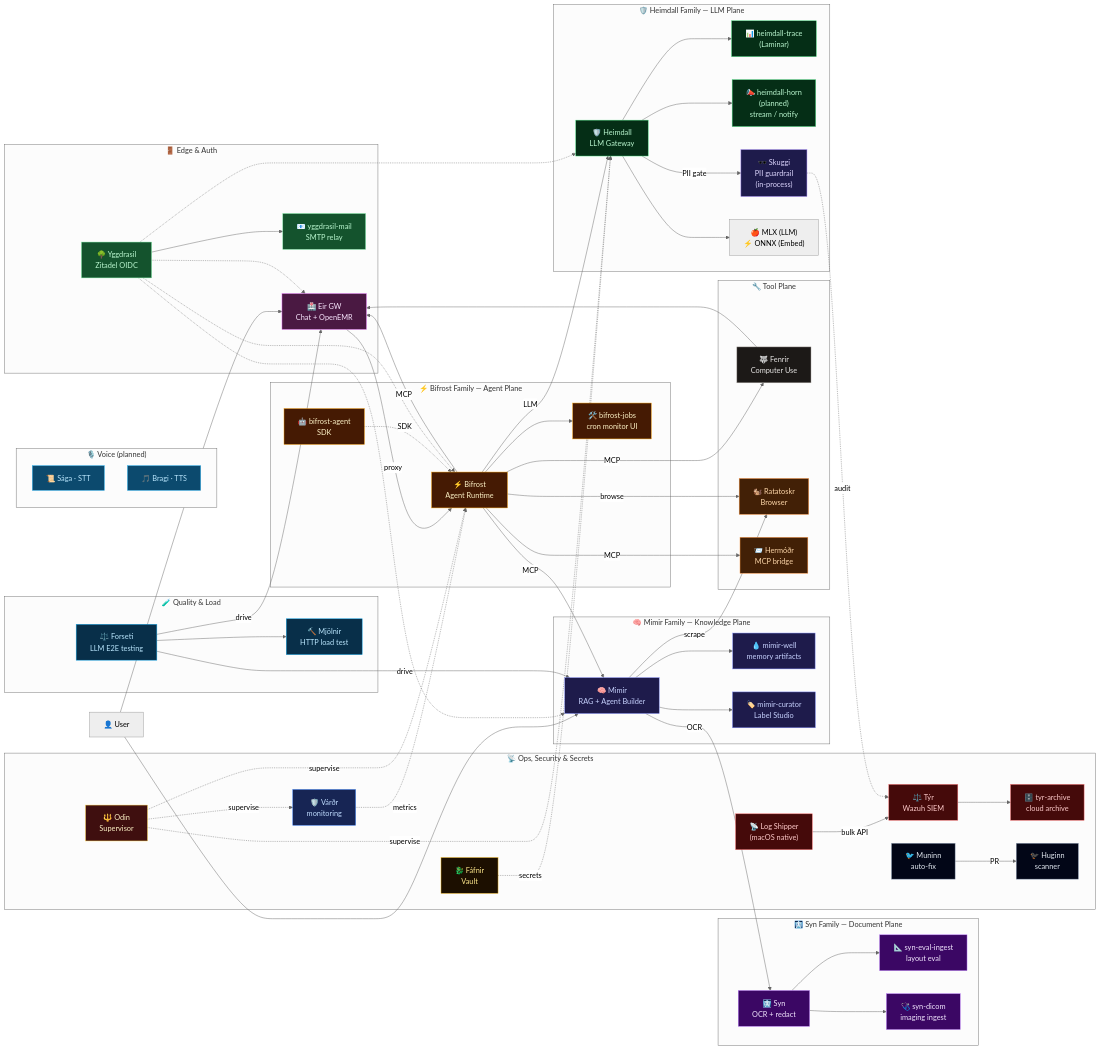
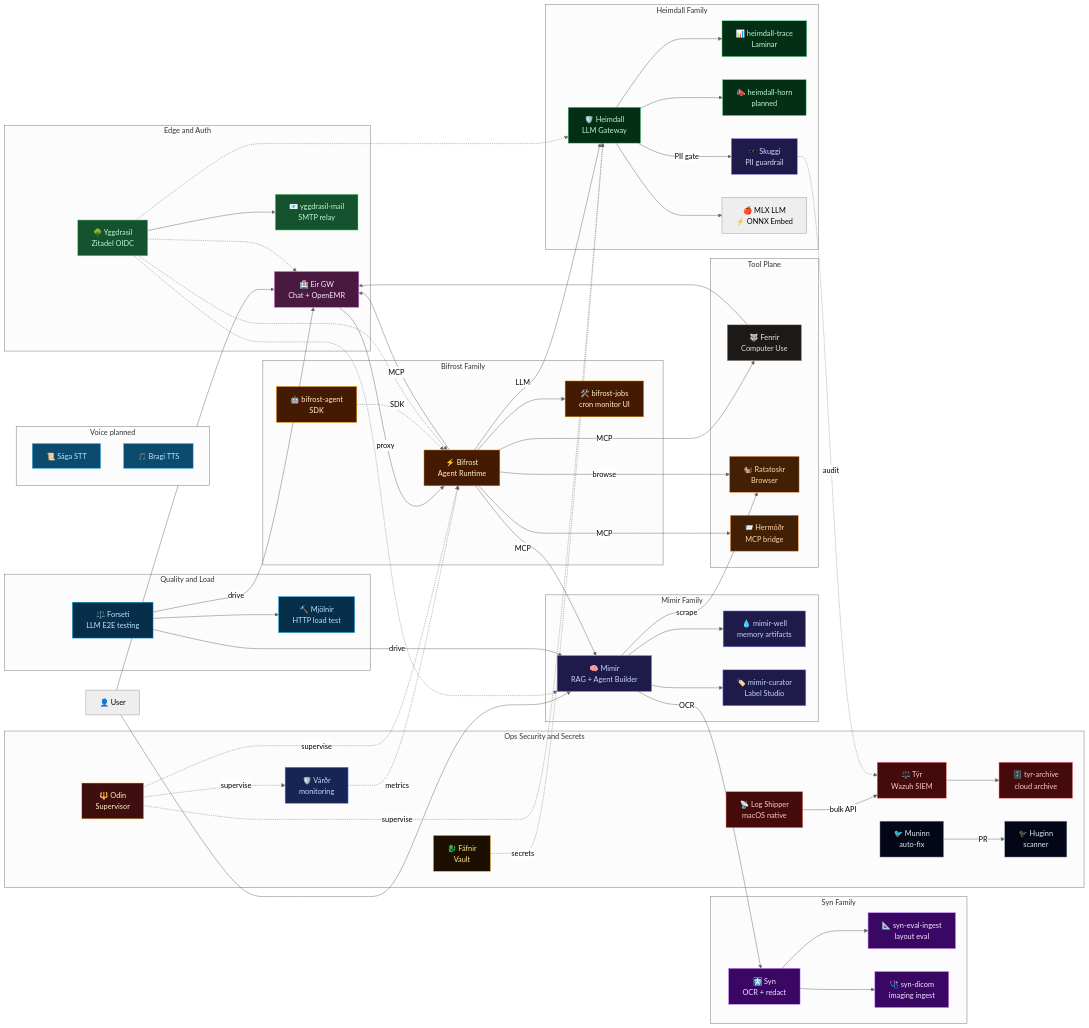
Before and after one commit to MegaWiz-Dev-Team/Asgard: the diagram in README.md, drawn with Mermaid (neutral theme).

Commit message:
docs(readme): simplify Mermaid subgraph titles for GitHub renderer
GitHub web reported "Unable to render rich display" for the architecture
diagram. mermaid-cli renders it fine locally, so the failure is in
GitHub's stricter parser.

Removed from subgraph titles (kept in node labels where they always worked):
- emojis (suspect interaction with subgraph title parsing)
- em-dash separator (Heimdall Family — LLM Plane)
- ampersand (Quality & Load, Ops Security & Secrets)
- middle dot in Saga/Bragi node labels
- parentheses in titles ((planned), (in-process), (macOS native))
- nested <br/><br/> chains in HHorn label

Diagram content unchanged — only title formatting normalized.

```diff
--- a/README.md
+++ b/README.md
@@ -25,55 +25,55 @@
 graph LR
     User["👤 User"]
 
-    subgraph EdgeAuth["🚪 Edge & Auth"]
+    subgraph EdgeAuth["Edge and Auth"]
         EirGW["🏥 Eir GW<br/>Chat + OpenEMR"]
         Yggdrasil["🌳 Yggdrasil<br/>Zitadel OIDC"]
         YggMail["📧 yggdrasil-mail<br/>SMTP relay"]
     end
 
-    subgraph HeimdallFam["🛡️ Heimdall Family — LLM Plane"]
+    subgraph HeimdallFam["Heimdall Family"]
         Heimdall["🛡️ Heimdall<br/>LLM Gateway"]
-        HTrace["📊 heimdall-trace<br/>(Laminar)"]
-        HHorn["📣 heimdall-horn<br/>(planned)<br/>stream / notify"]
-        Skuggi["🕶️ Skuggi<br/>PII guardrail<br/>(in-process)"]
-        LLM["🍎 MLX (LLM)<br/>⚡ ONNX (Embed)"]
+        HTrace["📊 heimdall-trace<br/>Laminar"]
+        HHorn["📣 heimdall-horn<br/>planned"]
+        Skuggi["🕶️ Skuggi<br/>PII guardrail"]
+        LLM["🍎 MLX LLM<br/>⚡ ONNX Embed"]
     end
 
-    subgraph BifrostFam["⚡ Bifrost Family — Agent Plane"]
+    subgraph BifrostFam["Bifrost Family"]
         Bifrost["⚡ Bifrost<br/>Agent Runtime"]
         BAgent["🤖 bifrost-agent<br/>SDK"]
         BJobs["🛠️ bifrost-jobs<br/>cron monitor UI"]
     end
 
-    subgraph MimirFam["🧠 Mimir Family — Knowledge Plane"]
+    subgraph MimirFam["Mimir Family"]
         Mimir["🧠 Mimir<br/>RAG + Agent Builder"]
         MWell["💧 mimir-well<br/>memory artifacts"]
         MCurator["🏷️ mimir-curator<br/>Label Studio"]
     end
 
-    subgraph SynFam["🩻 Syn Family — Document Plane"]
+    subgraph SynFam["Syn Family"]
         Syn["🩻 Syn<br/>OCR + redact"]
         SEval["📐 syn-eval-ingest<br/>layout eval"]
         SDicom["🩺 syn-dicom<br/>imaging ingest"]
     end
 
-    subgraph Tools["🔧 Tool Plane"]
+    subgraph Tools["Tool Plane"]
         Fenrir["🐺 Fenrir<br/>Computer Use"]
         Ratatoskr["🐿️ Ratatoskr<br/>Browser"]
         Hermodr["📨 Hermóðr<br/>MCP bridge"]
     end
 
-    subgraph Voice["🎙️ Voice (planned)"]
-        Saga["📜 Sága · STT"]
-        Bragi["🎵 Bragi · TTS"]
+    subgraph Voice["Voice planned"]
+        Saga["📜 Sága STT"]
+        Bragi["🎵 Bragi TTS"]
     end
 
-    subgraph Quality["🧪 Quality & Load"]
+    subgraph Quality["Quality and Load"]
         Forseti["⚖️ Forseti<br/>LLM E2E testing"]
         Mjolnir["🔨 Mjölnir<br/>HTTP load test"]
     end
 
-    subgraph Ops["📡 Ops, Security & Secrets"]
+    subgraph Ops["Ops Security and Secrets"]
         Odin["🔱 Odin<br/>Supervisor"]
         Vardr["🛡️ Várðr<br/>monitoring"]
         Tyr["⚖️ Týr<br/>Wazuh SIEM"]
@@ -81,7 +81,7 @@
         Huginn["🐦‍⬛ Huginn<br/>scanner"]
         Muninn["🐦 Muninn<br/>auto-fix"]
         Fafnir["🐉 Fáfnir<br/>Vault"]
-        LogShipper["📡 Log Shipper<br/>(macOS native)"]
+        LogShipper["📡 Log Shipper<br/>macOS native"]
     end
 
     User --> EirGW
```
